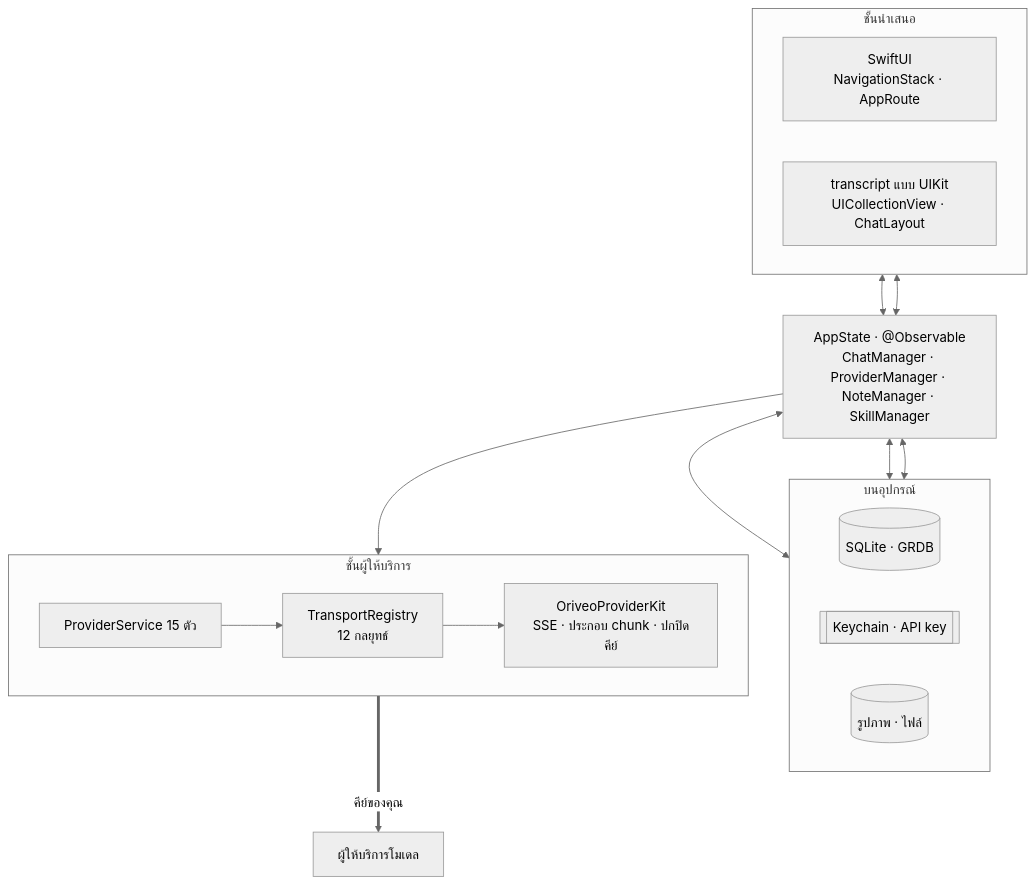
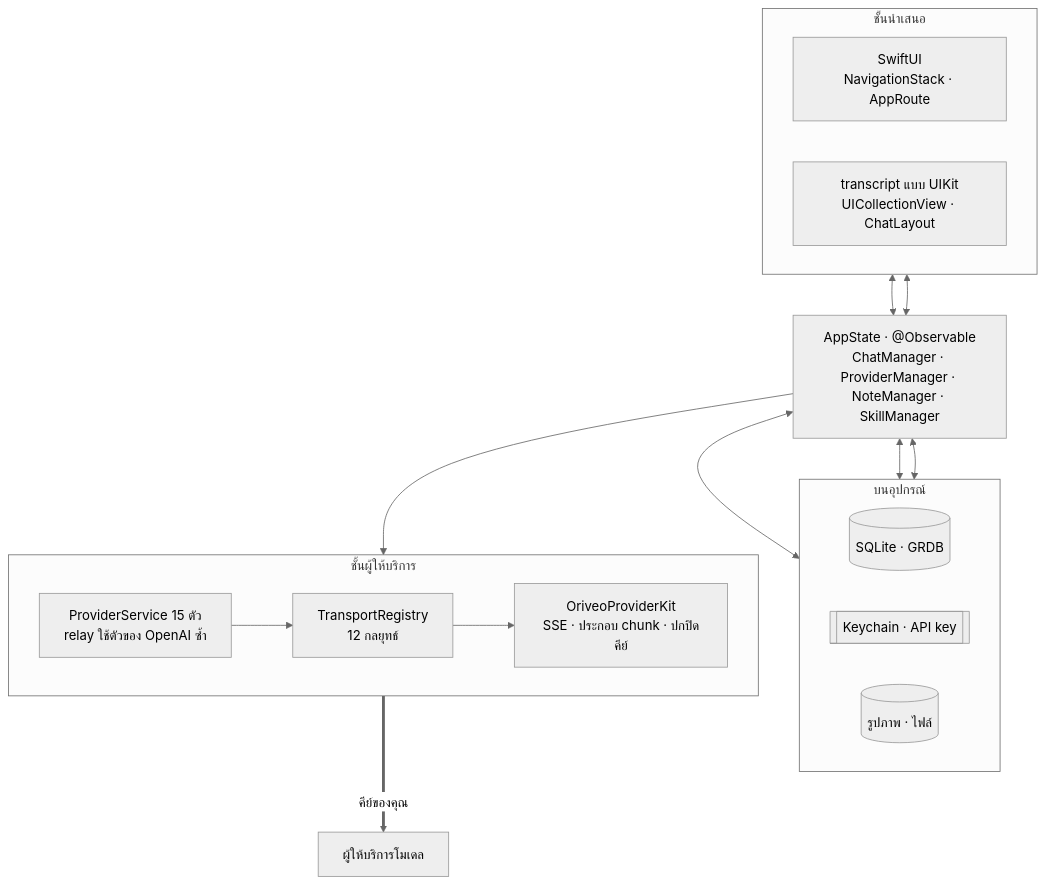
Before and after one commit to oriveo/oriveo: the first of 2 diagrams in readme_i18n/th/ios.md, drawn with Mermaid (neutral theme). The commit also changed other lines of this file and 62 other files, not shown here.

````diff
--- a/readme_i18n/th/ios.md
+++ b/readme_i18n/th/ios.md
@@ -47,30 +47,30 @@
 ```mermaid
 flowchart TB
     subgraph ui ["ชั้นนำเสนอ"]
         direction LR
         swiftui["SwiftUI<br/>NavigationStack · AppRoute"]
         uikit["transcript แบบ UIKit<br/>UICollectionView · ChatLayout"]
     end
 
     appstate["AppState · @Observable<br/>ChatManager · ProviderManager · NoteManager · SkillManager"]
 
     subgraph store ["บนอุปกรณ์"]
         direction LR
         grdb[("SQLite · GRDB")]
         keychain[["Keychain · API key"]]
         files[("รูปภาพ · ไฟล์")]
     end
 
     subgraph provider ["ชั้นผู้ให้บริการ"]
         direction LR
-        services["ProviderService 15 ตัว"]
+        services["ProviderService 15 ตัว<br/>relay ใช้ตัวของ OpenAI ซ้ำ"]
         transports["TransportRegistry<br/>12 กลยุทธ์"]
         kit["OriveoProviderKit<br/>SSE · ประกอบ chunk · ปกปิดคีย์"]
     end
 
     swiftui & uikit <--> appstate
     appstate <--> grdb & keychain & files
     appstate --> services
     services --> transports --> kit
     kit ==>|"คีย์ของคุณ"| up["ผู้ให้บริการโมเดล"]
 ```
````
